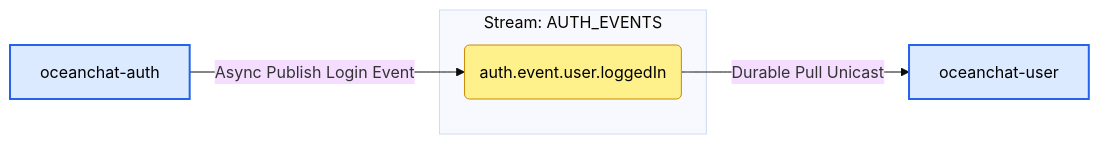
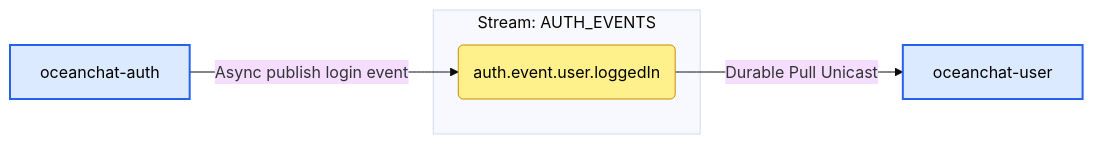
One commit to JamesWilson19970101/ocean.chat.docs changed the fifth of 13 diagrams in docs/devdocs/jetstream-strategy.md. Above: the diagram before and after it, drawn with Mermaid (base theme). The commit also changed other lines of this file and 1 other file, not shown here.

````diff
--- a/docs/devdocs/jetstream-strategy.md
+++ b/docs/devdocs/jetstream-strategy.md
@@ -234,15 +251,15 @@
 ```mermaid
 flowchart LR
   classDef service fill:#dbeafe,stroke:#2563eb,stroke-width:2px,color:#000;
   classDef subject fill:#fef08a,stroke:#ca8a04,stroke-width:1px,color:#000;
 
   P[oceanchat-auth]:::service
   C[oceanchat-user]:::service
 
   subgraph Stream: AUTH_EVENTS
     SUB(auth.event.user.loggedIn):::subject
   end
 
-  P -- Async Publish Login Event --> SUB
+  P -- Async publish login event --> SUB
   SUB -- Durable Pull Unicast --> C
 ```
````
